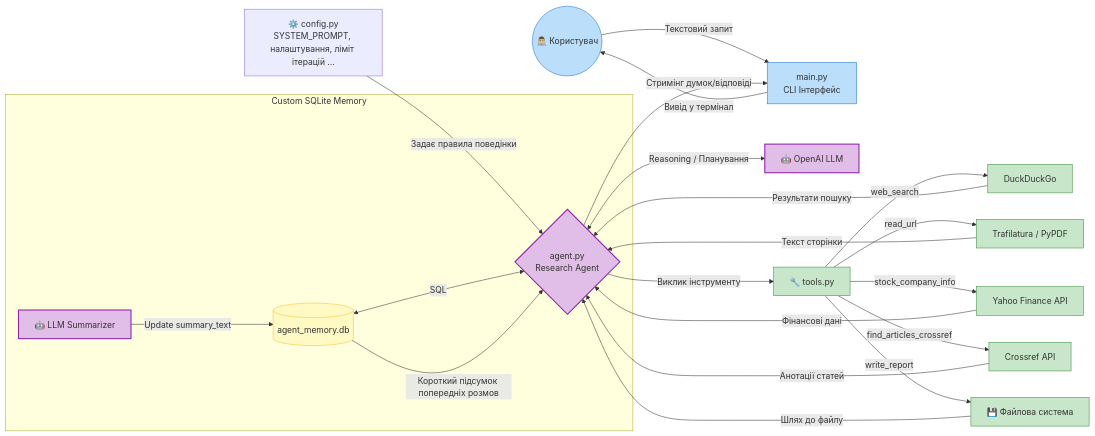
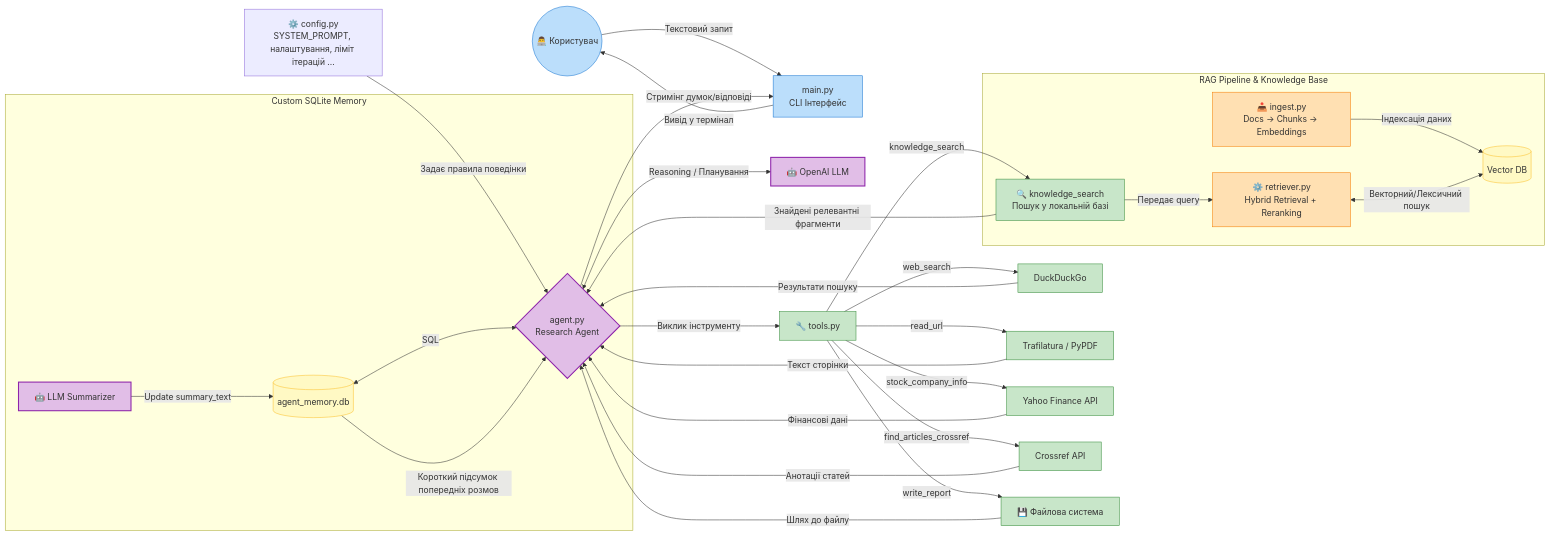
Before and after one commit to viktor-taraba/MULTI-AGENT-SYSTEMS-course: the first of 2 diagrams in homework-lesson-5/README.md, drawn with Mermaid.

Commit message:
update diagram
Added knowledge search tool and updated memory system diagram.

````diff
--- a/homework-lesson-5/README.md
+++ b/homework-lesson-5/README.md
@@ -126,42 +126,51 @@
 ```mermaid
 graph LR
     User((👨‍💻 Користувач)) -->|Текстовий запит| Main[main.py<br/>CLI Інтерфейс]
 
     Config[⚙️ config.py<br/>SYSTEM_PROMPT, налаштування, ліміт ітерацій ...] -->|Задає правила поведінки| Agent{agent.py<br/>Research Agent}
     
-    %% Оновлений блок пам'яті
     subgraph Memory_System [Custom SQLite Memory]
         DB[(agent_memory.db)] <-->|SQL| Agent
         Summary[🤖 LLM Summarizer] -->|Update summary_text| DB
         DB -->|Короткий підсумок попередніх розмов| Agent
     end
 
     Agent <-->|Reasoning / Планування| LLM[🤖 OpenAI LLM]
     
     Agent -->|Виклик інструменту| Tools[🔧 tools.py]
     
     Tools -->|web_search| Web[DuckDuckGo]
     Tools -->|read_url| URL[Trafilatura / PyPDF]
     Tools -->|stock_company_info| Fin[Yahoo Finance API]
     Tools -->|find_articles_crossref| Sci[Crossref API]
     Tools -->|write_report| Save[💾 Файлова система]
+    Tools -->|knowledge_search| KnowSearch[🔍 knowledge_search<br/>Пошук у локальній базі]
     
     Web -->|Результати пошуку| Agent
     URL -->|Текст сторінки| Agent
     Fin -->|Фінансові дані| Agent
     Sci -->|Анотації статей| Agent
     Save -->|Шлях до файлу| Agent
+    KnowSearch -->|Знайдені релевантні фрагменти| Agent
+
+    subgraph RAG_System [RAG Pipeline & Knowledge Base]
+        Ingest[📥 ingest.py<br/>Docs → Chunks → Embeddings] -->|Індексація даних| VectorDB[(Vector DB)]
+        KnowSearch -->|Передає query| Retriever[⚙️ retriever.py<br/>Hybrid Retrieval + Reranking]
+        Retriever <-->|Векторний/Лексичний пошук| VectorDB
+    end
     
     Agent -->|Стримінг думок/відповіді| Main
     Main -->|Вивід у термінал| User
   
     classDef core fill:#e1bee7,stroke:#8e24aa,stroke-width:2px;
     classDef io fill:#bbdefb,stroke:#1976d2,stroke-width:1px;
     classDef tool fill:#c8e6c9,stroke:#388e3c,stroke-width:1px;
     classDef db_style fill:#fff9c4,stroke:#fbc02d,stroke-width:1px;
+    classDef rag fill:#ffe0b2,stroke:#f57c00,stroke-width:1px;
     
     class Agent,LLM,Summary core;
     class User,Main io;
-    class Tools,Web,URL,Fin,Sci,Save tool;
-    class DB db_style;
+    class Tools,Web,URL,Fin,Sci,Save,KnowSearch tool;
+    class DB,VectorDB db_style;
+    class Ingest,Retriever rag;
 ```
````
